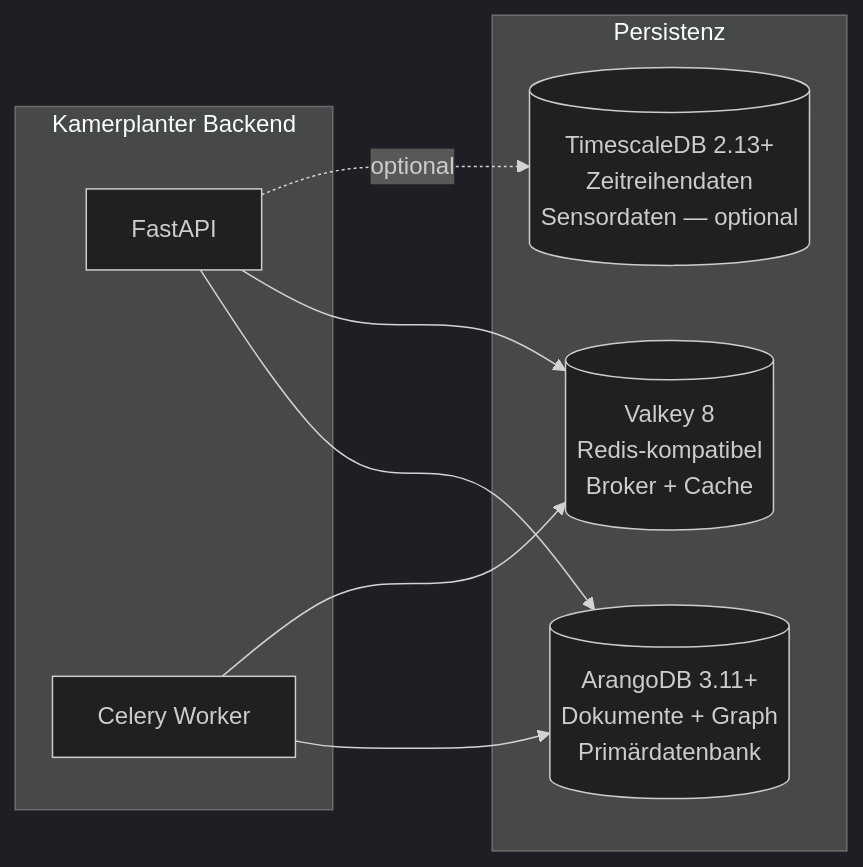
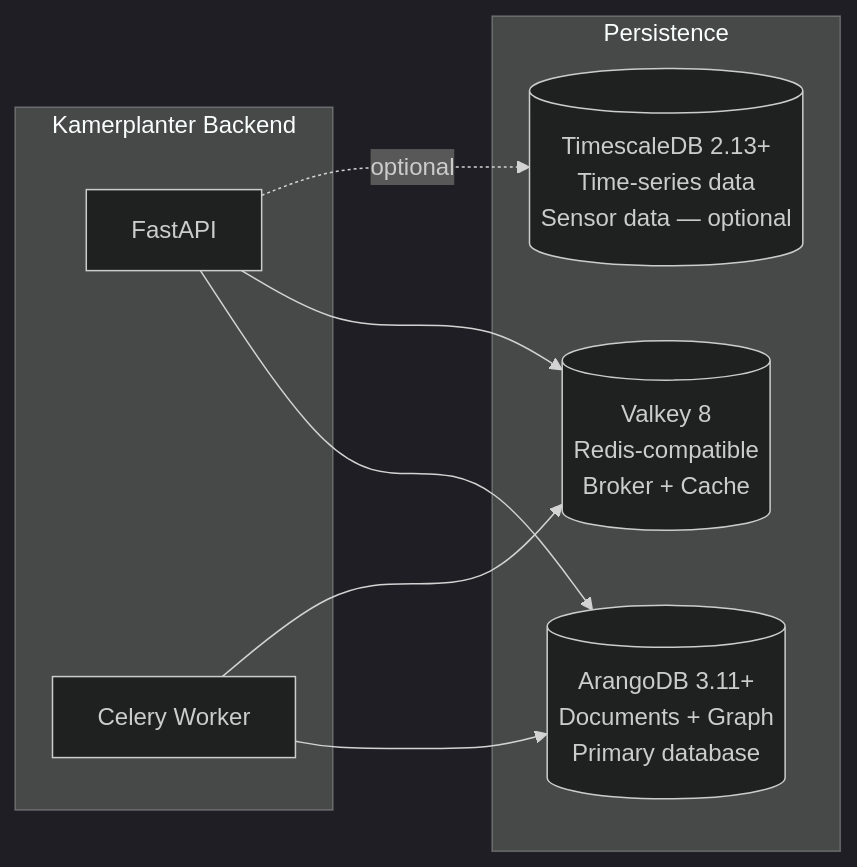
One commit to nolte/kamerplanter changed the first of 2 diagrams in docs/de/architecture/database.md. Above: the diagram before and after it, drawn with Mermaid (dark theme). The commit also changed other lines of this file and 44 other files, not shown here.

First line of the commit message:
docs: make all Mermaid diagrams spec-compliant (repo-wide sweep)

````diff
--- a/docs/de/architecture/database.md
+++ b/docs/de/architecture/database.md
@@ -9,19 +10,19 @@
 ```mermaid
-graph LR
+flowchart LR
     subgraph "Kamerplanter Backend"
         API["FastAPI"]
         WRK["Celery Worker"]
     end
 
-    subgraph "Persistenz"
-        ARANGO[("ArangoDB 3.11+\nDokumente + Graph\nPrimärdatenbank")]
-        TSDB[("TimescaleDB 2.13+\nZeitreihendaten\nSensordaten — optional")]
-        VK[("Valkey 8\nRedis-kompatibel\nBroker + Cache")]
+    subgraph "Persistence"
+        ARANGO[("ArangoDB 3.11+<br/>Documents + Graph<br/>Primary database")]
+        TSDB[("TimescaleDB 2.13+<br/>Time-series data<br/>Sensor data — optional")]
+        VK[("Valkey 8<br/>Redis-compatible<br/>Broker + Cache")]
     end
 
     API --> ARANGO
     API --> VK
     WRK --> ARANGO
     WRK --> VK
     API -.->|"optional"| TSDB
 ```
````
